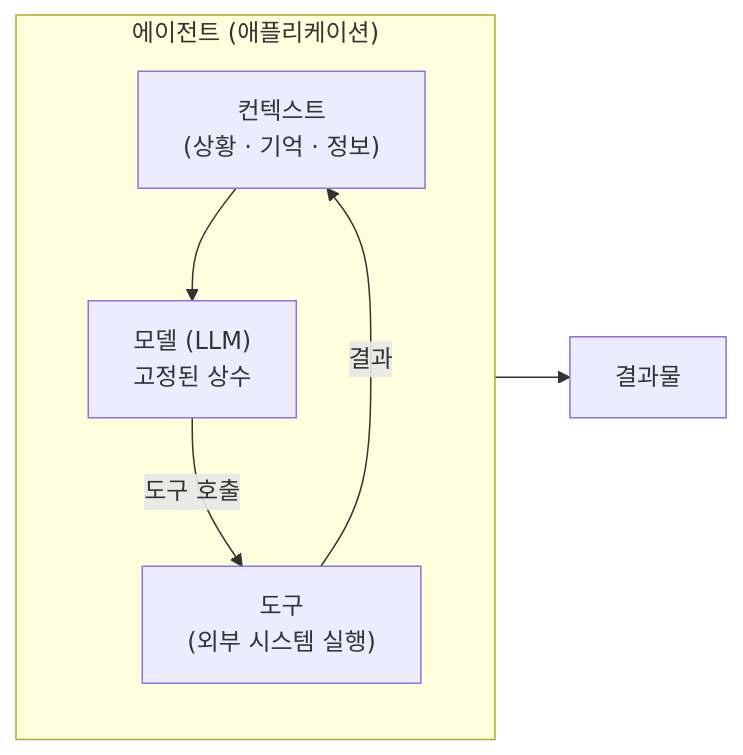
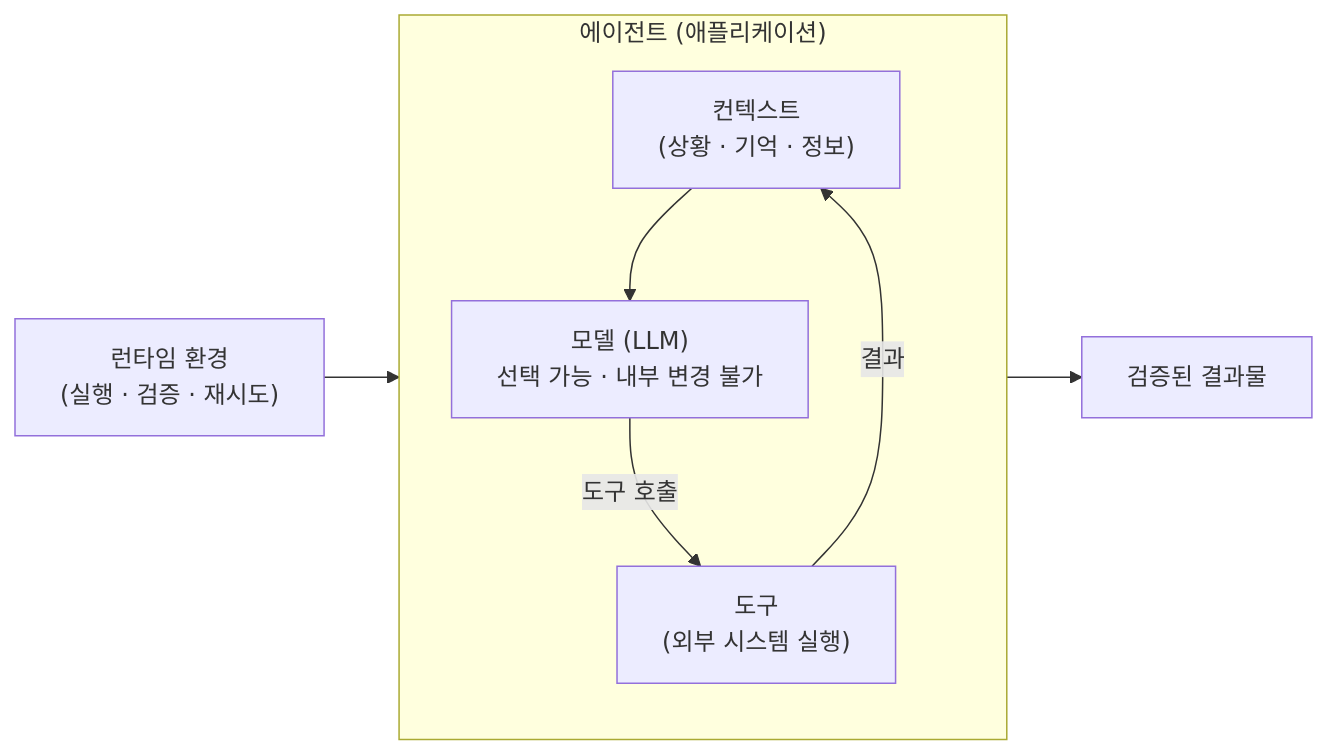
One commit to haandol/haandol.github.com changed the first of 9 diagrams in _posts/2026-06-16-harness-engineering-in-practice.md. Above: the diagram before and after it, drawn with Mermaid. The commit also changed other lines of this file and 1 other file, not shown here.

````diff
--- a/_posts/2026-06-16-harness-engineering-in-practice.md
+++ b/_posts/2026-06-16-harness-engineering-in-practice.md
@@ -52,9 +51,10 @@
 ```mermaid
 flowchart LR
     subgraph A["에이전트 (애플리케이션)"]
-        CTX["컨텍스트<br/>(상황 · 기억 · 정보)"] --> LLM["모델 (LLM)<br/>고정된 상수"]
+        CTX["컨텍스트<br/>(상황 · 기억 · 정보)"] --> LLM["모델 (LLM)<br/>선택 가능 · 내부 변경 불가"]
         LLM -->|도구 호출| TOOL["도구<br/>(외부 시스템 실행)"]
         TOOL -->|결과| CTX
     end
-    A --> OUT["결과물"]
+    RUN["런타임 환경<br/>(실행 · 검증 · 재시도)"] --> A
+    A --> OUT["검증된 결과물"]
 ```
````
